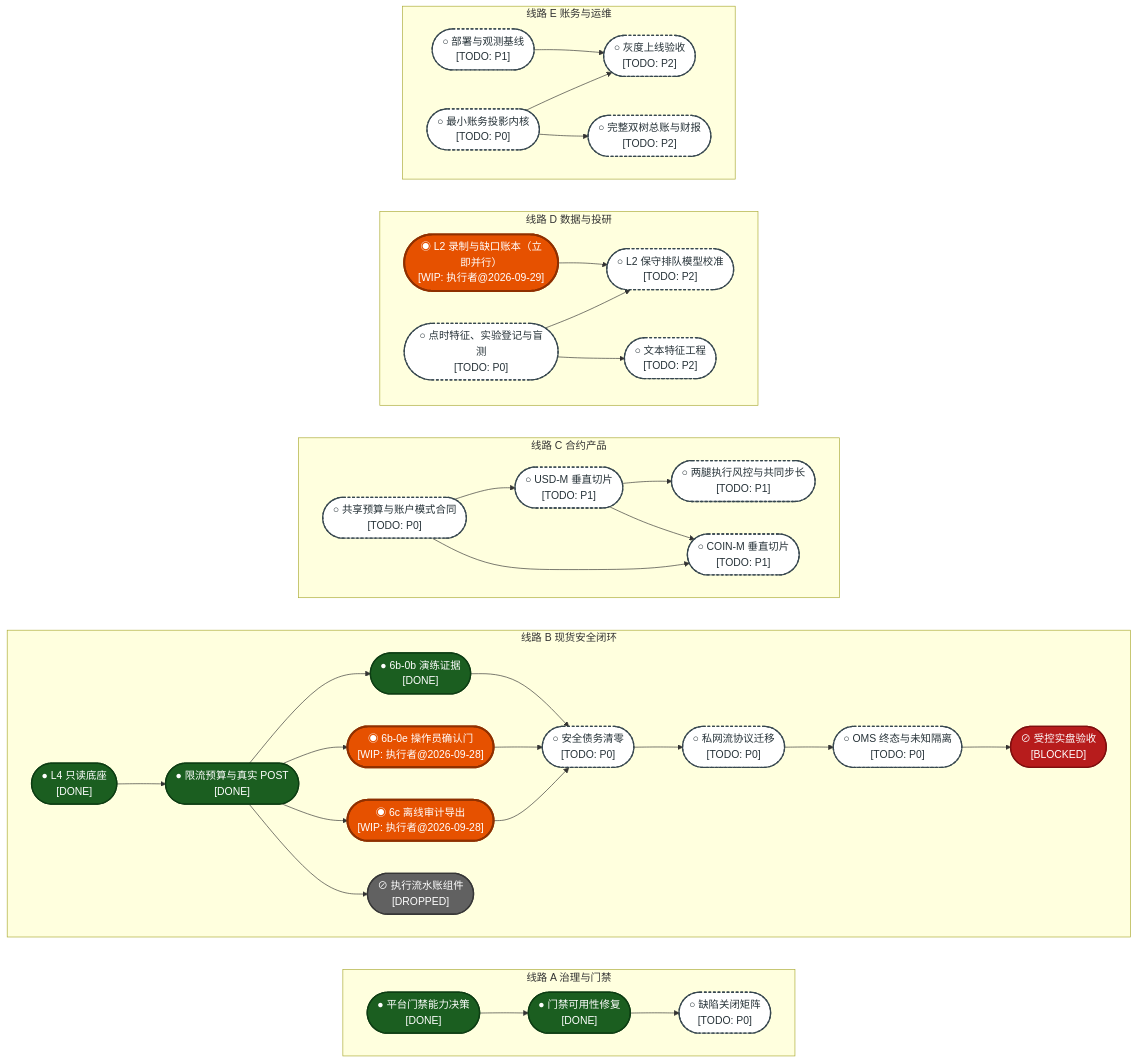
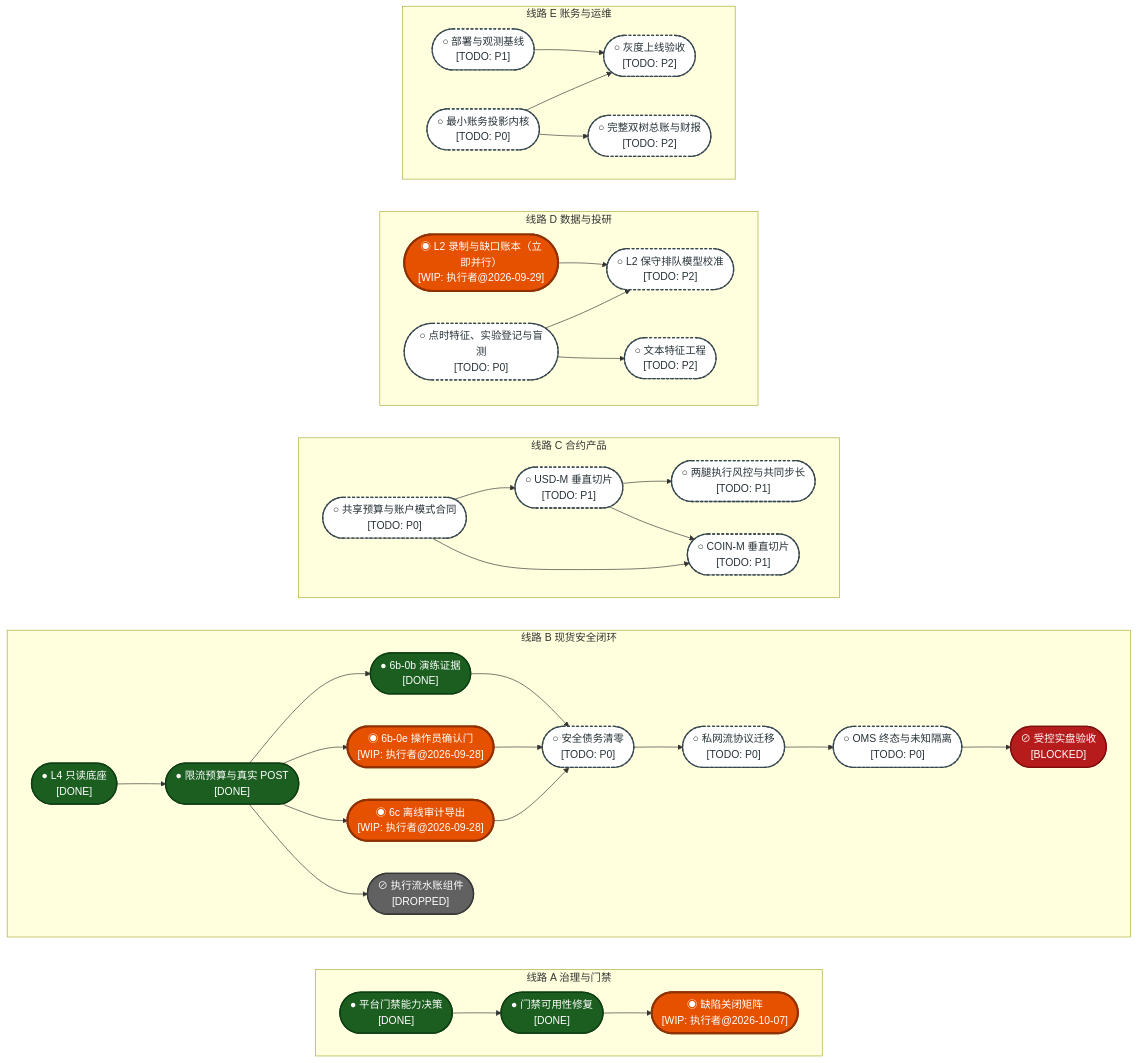
Before and after one commit to EypeZeo/hengyuan_v2: the first of 5 diagrams in docs/HengYuan_v2_全自动量化实盘系统实施指南与TODOLIST.md, drawn with Mermaid. The commit also changed other lines of this file and 1 other file, not shown here.

First line of the commit message:
docs(blueprint): GATE-01 批 1 同步——站点 A2 进入 WIP，P1-004 与 P2-008 改判 PARTIAL，新增 4.5

````diff
--- a/docs/HengYuan_v2_全自动量化实盘系统实施指南与TODOLIST.md
+++ b/docs/HengYuan_v2_全自动量化实盘系统实施指南与TODOLIST.md
@@ -102,7 +102,7 @@
         direction LR
         A0(["● 平台门禁能力决策<br/>[DONE]"])
         A1(["● 门禁可用性修复<br/>[DONE]"])
-        A2(["○ 缺陷关闭矩阵<br/>[TODO: P0]"])
+        A2(["◉ 缺陷关闭矩阵<br/>[WIP: 执行者@2026-10-07]"])
         A0 --> A1
         A1 --> A2
     end
@@ -168,8 +168,8 @@
 
     class A0,A1,B0,B1 done
     class B2 done
-    class B3,B4,D0 wip
-    class A2,B5,B6,B7,C0,C1,C2,C3,D1,D2,D3,E0,E1,E2,E3 todo
+    class A2,B3,B4,D0 wip
+    class B5,B6,B7,C0,C1,C2,C3,D1,D2,D3,E0,E1,E2,E3 todo
     class B8 blocked
     class BD dropped
 ```
````
